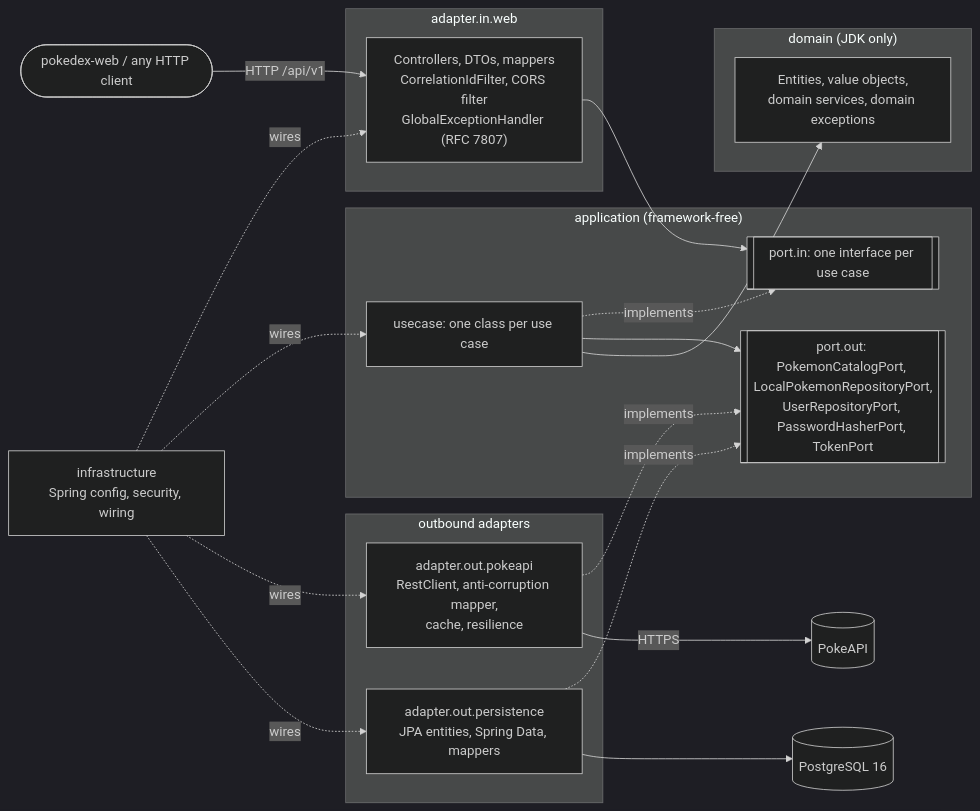
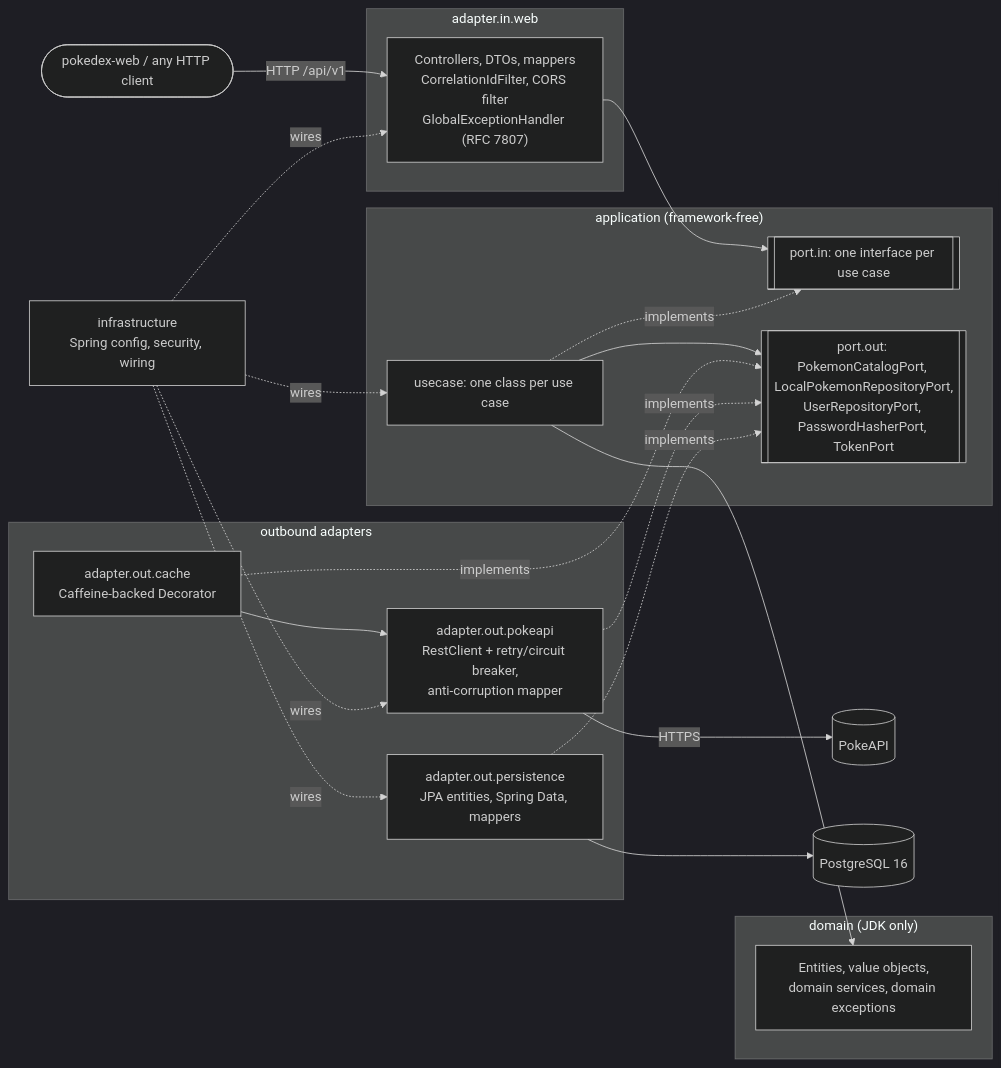
Before and after one commit to aleferod/pokedex: the third of 3 diagrams in README.md, drawn with Mermaid (dark theme). The commit also changed other lines of this file and 46 other files, not shown here.

First line of the commit message:
feat: add-caching-resilience - Caffeine cache, retries and circuit breaker for PokeAPI (#7)

````diff
--- a/README.md
+++ b/README.md
@@ -335,32 +377,35 @@
 ```mermaid
 flowchart LR
   client(["pokedex-web / any HTTP client"]) -->|"HTTP /api/v1"| web
   subgraph IN["adapter.in.web"]
     web["Controllers, DTOs, mappers<br/>CorrelationIdFilter, CORS filter<br/>GlobalExceptionHandler (RFC 7807)"]
   end
   subgraph APP["application (framework-free)"]
     portIn[["port.in: one interface per use case"]]
     usecases["usecase: one class per use case"]
     portOut[["port.out: PokemonCatalogPort, LocalPokemonRepositoryPort,<br/>UserRepositoryPort, PasswordHasherPort, TokenPort"]]
   end
   subgraph DOM["domain (JDK only)"]
     model["Entities, value objects,<br/>domain services, domain exceptions"]
   end
   subgraph OUT["outbound adapters"]
-    pokeapi["adapter.out.pokeapi<br/>RestClient, anti-corruption mapper,<br/>cache, resilience"]
+    cache["adapter.out.cache<br/>Caffeine-backed Decorator"]
+    pokeapi["adapter.out.pokeapi<br/>RestClient + retry/circuit breaker,<br/>anti-corruption mapper"]
     persistence["adapter.out.persistence<br/>JPA entities, Spring Data, mappers"]
   end
   infra["infrastructure<br/>Spring config, security, wiring"]
   web --> portIn
   usecases -. implements .-> portIn
   usecases --> portOut
   usecases --> model
+  cache -. implements .-> portOut
+  cache --> pokeapi
   pokeapi -. implements .-> portOut
   persistence -. implements .-> portOut
   pokeapi -->|HTTPS| ext[("PokeAPI")]
   persistence --> db[("PostgreSQL 16")]
   infra -. wires .-> web
   infra -. wires .-> usecases
   infra -. wires .-> pokeapi
   infra -. wires .-> persistence
 ```
````
